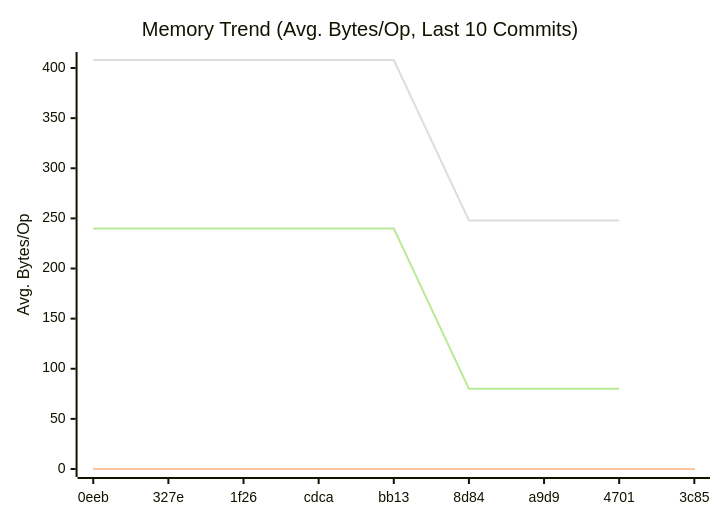
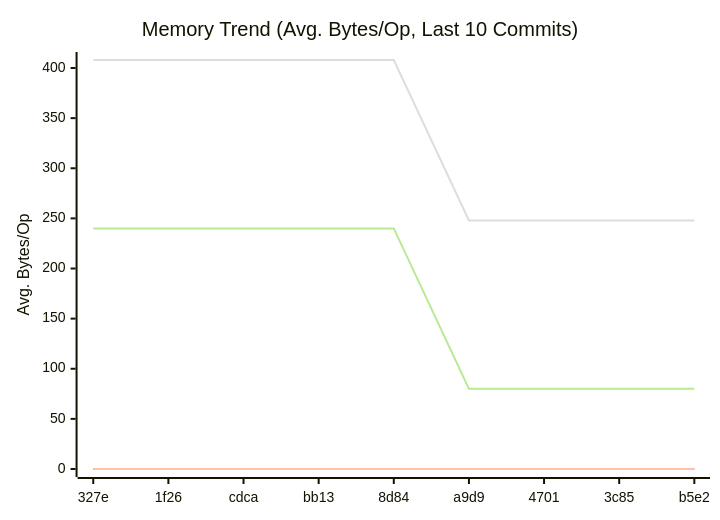
Before and after one commit to alsotoes/momo: the second of 3 diagrams in doc/README.md, drawn with Mermaid. The commit also changed other lines of this file and 1 other file, not shown here.

````diff
--- a/doc/README.md
+++ b/doc/README.md
@@ -312,12 +303,12 @@
 ```mermaid
 xychart-beta
     title "Memory Trend (Avg. Bytes/Op, Last 10 Commits)"
     x-axis "Commit"
     y-axis "Avg. Bytes/Op"
-    x-axis [0eeb,327e,1f26,cdca,bb13,8d84,a9d9,4701,3c85]
+    x-axis [327e,1f26,cdca,bb13,8d84,a9d9,4701,3c85,b5e2]
     line "CheckMetricsAndSwap" [0,0,0,0,0,0,0,0,0,0]
     line "IndexDirectTracking" [0,0,0,0,0,0,0,0,0,0]
     line "IndexSearch" [0,0,0,0,0,0,0,0,0,0]
-    line "ParseReplicationOrder_NoPrealloc" [408,408,408,408,408,248,248,248]
-    line "ParseReplicationOrder_Prealloc" [240,240,240,240,240,80,80,80]
+    line "ParseReplicationOrder_NoPrealloc" [408,408,408,408,408,248,248,248,248]
+    line "ParseReplicationOrder_Prealloc" [240,240,240,240,240,80,80,80,80]
 ```
````
